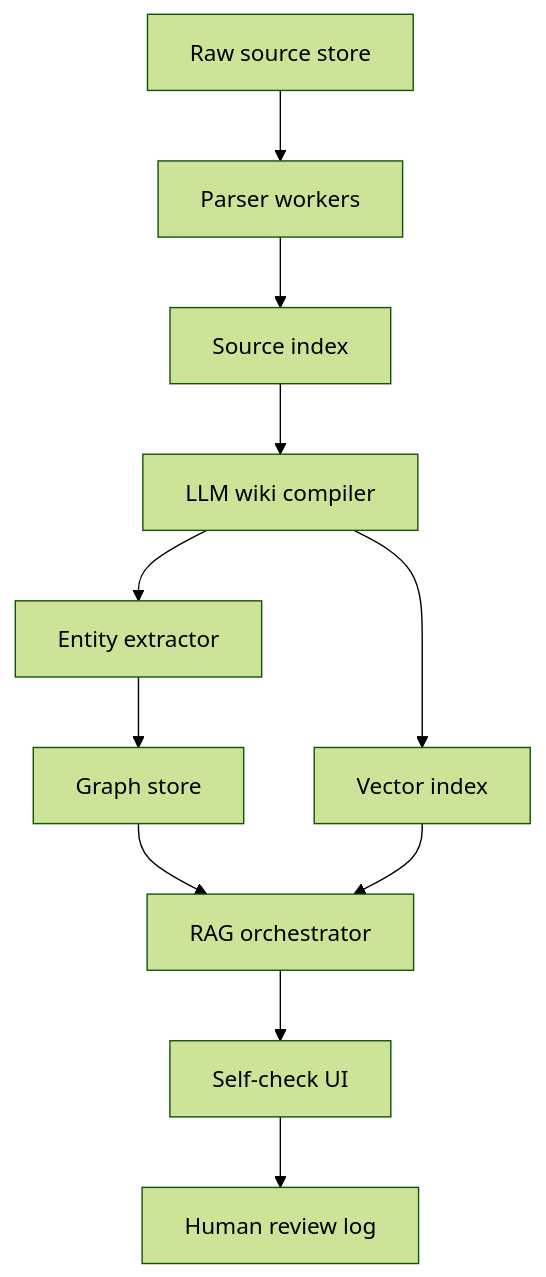
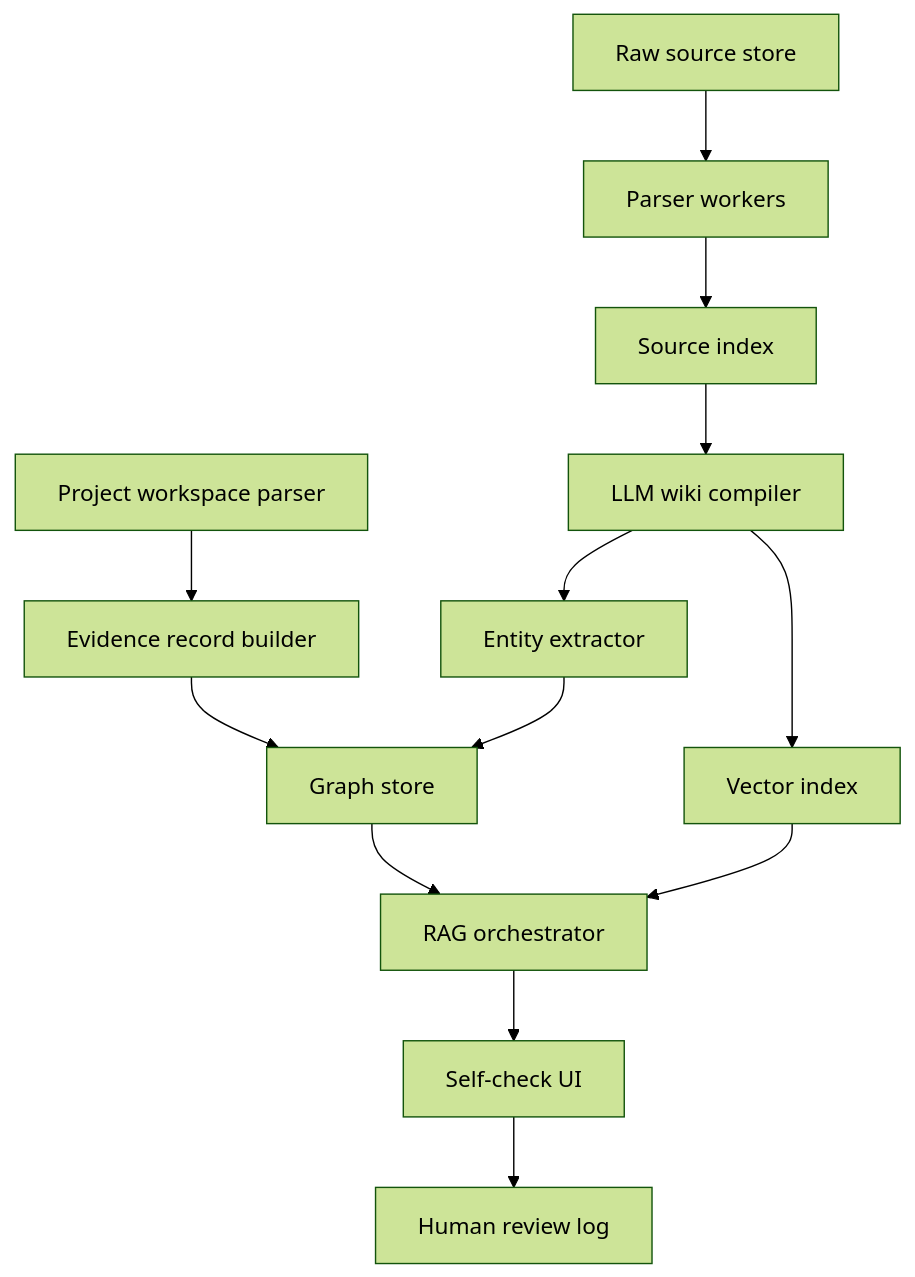
Before and after one commit to SeanMega/R_U_OK: the second of 2 diagrams in docs/technical-design.md, drawn with Mermaid (forest theme). The commit also changed other lines of this file and 11 other files, not shown here.

Commit message:
Add workspace evidence workflow

````diff
--- a/docs/technical-design.md
+++ b/docs/technical-design.md
@@ -106,13 +106,15 @@
 ```mermaid
 flowchart TD
   A["Raw source store"] --> B["Parser workers"]
   B --> C["Source index"]
   C --> D["LLM wiki compiler"]
   D --> E["Entity extractor"]
+  K["Project workspace parser"] --> L["Evidence record builder"]
+  L --> F
   E --> F["Graph store"]
   D --> G["Vector index"]
   F --> H["RAG orchestrator"]
   G --> H
   H --> I["Self-check UI"]
   I --> J["Human review log"]
 ```
````
